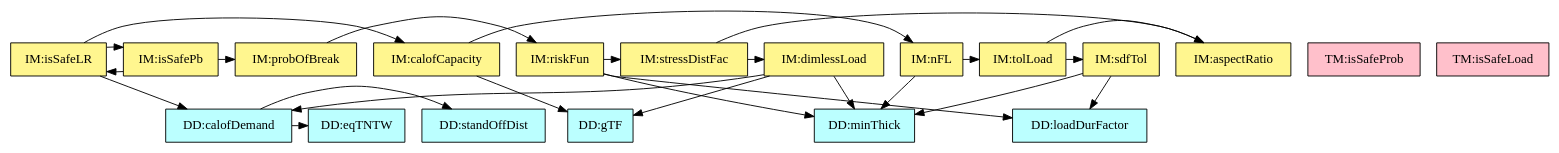
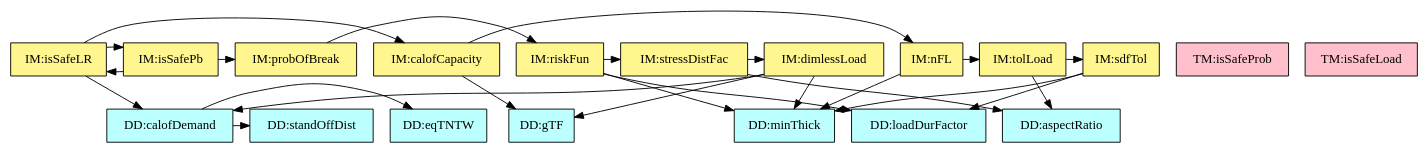
The diagram in code/stable/glassbr/TraceyGraph/refvsref.dot (JacquesCarette/Drasil), drawn with Graphviz before and after one commit. The commit also changed 37 other files, not shown here.

```diff
--- a/code/stable/glassbr/TraceyGraph/refvsref.dot
+++ b/code/stable/glassbr/TraceyGraph/refvsref.dot
@@ -1,65 +1,65 @@
 digraph refvsref {
 	demandq -> stdOffDist;
 	demandq -> eqTNTChar;
 	riskFun -> minThick;
 	riskFun -> loadDurFactor;
 	riskFun -> stressDistFac;
+	stressDistFac -> aR;
 	stressDistFac -> dimlessLoad;
-	stressDistFac -> aR;
 	nFL -> minThick;
 	nFL -> tolLoad;
 	dimlessLoad -> minThick;
 	dimlessLoad -> glassTypeFac;
 	dimlessLoad -> demandq;
+	tolLoad -> aR;
 	tolLoad -> sdfTol;
-	tolLoad -> aR;
 	sdfTol -> minThick;
 	sdfTol -> loadDurFactor;
 	probBr -> riskFun;
 	lResistance -> glassTypeFac;
 	lResistance -> nFL;
 	isSafePb -> probBr;
 	isSafePb -> isSafeLR;
 	isSafeLR -> demandq;
 	isSafeLR -> lResistance;
 	isSafeLR -> isSafePb;
 
 
 	minThick	[shape=box, color=black, style=filled, fillcolor=paleturquoise1, label="DD:minThick"];
 	loadDurFactor	[shape=box, color=black, style=filled, fillcolor=paleturquoise1, label="DD:loadDurFactor"];
 	glassTypeFac	[shape=box, color=black, style=filled, fillcolor=paleturquoise1, label="DD:gTF"];
 	stdOffDist	[shape=box, color=black, style=filled, fillcolor=paleturquoise1, label="DD:standOffDist"];
+	aR	[shape=box, color=black, style=filled, fillcolor=paleturquoise1, label="DD:aspectRatio"];
 	eqTNTChar	[shape=box, color=black, style=filled, fillcolor=paleturquoise1, label="DD:eqTNTW"];
 	demandq	[shape=box, color=black, style=filled, fillcolor=paleturquoise1, label="DD:calofDemand"];
 
 	subgraph DD {
 	rank="same"
-	{minThick, loadDurFactor, glassTypeFac, stdOffDist, eqTNTChar, demandq}
+	{minThick, loadDurFactor, glassTypeFac, stdOffDist, aR, eqTNTChar, demandq}
 	}
 
 	isSafeProb	[shape=box, color=black, style=filled, fillcolor=pink, label="TM:isSafeProb"];
 	isSafeLoad	[shape=box, color=black, style=filled, fillcolor=pink, label="TM:isSafeLoad"];
 
 	subgraph TM {
 	rank="same"
 	{isSafeProb, isSafeLoad}
 	}
 
 	riskFun	[shape=box, color=black, style=filled, fillcolor=khaki1, label="IM:riskFun"];
 	stressDistFac	[shape=box, color=black, style=filled, fillcolor=khaki1, label="IM:stressDistFac"];
 	nFL	[shape=box, color=black, style=filled, fillcolor=khaki1, label="IM:nFL"];
 	dimlessLoad	[shape=box, color=black, style=filled, fillcolor=khaki1, label="IM:dimlessLoad"];
 	tolLoad	[shape=box, color=black, style=filled, fillcolor=khaki1, label="IM:tolLoad"];
 	sdfTol	[shape=box, color=black, style=filled, fillcolor=khaki1, label="IM:sdfTol"];
-	aR	[shape=box, color=black, style=filled, fillcolor=khaki1, label="IM:aspectRatio"];
 	probBr	[shape=box, color=black, style=filled, fillcolor=khaki1, label="IM:probOfBreak"];
 	lResistance	[shape=box, color=black, style=filled, fillcolor=khaki1, label="IM:calofCapacity"];
 	isSafePb	[shape=box, color=black, style=filled, fillcolor=khaki1, label="IM:isSafePb"];
 	isSafeLR	[shape=box, color=black, style=filled, fillcolor=khaki1, label="IM:isSafeLR"];
 
 	subgraph IM {
 	rank="same"
-	{riskFun, stressDistFac, nFL, dimlessLoad, tolLoad, sdfTol, aR, probBr, lResistance, isSafePb, isSafeLR}
+	{riskFun, stressDistFac, nFL, dimlessLoad, tolLoad, sdfTol, probBr, lResistance, isSafePb, isSafeLR}
 	}
 
 }
```
